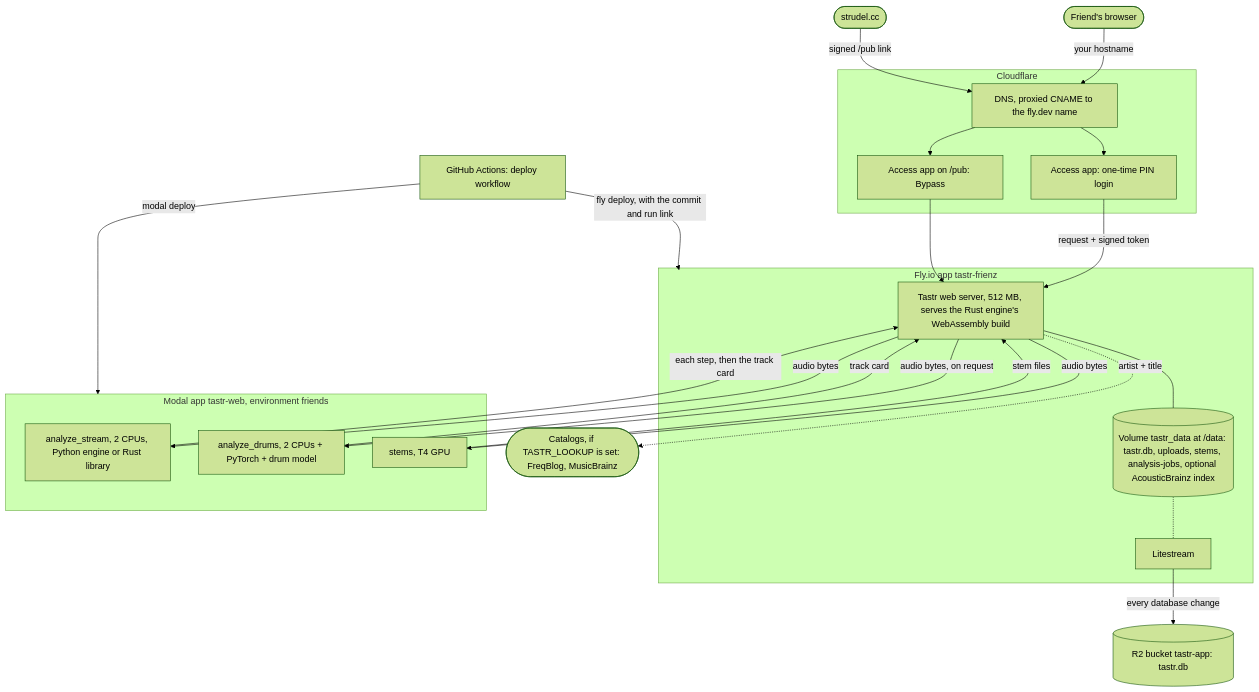
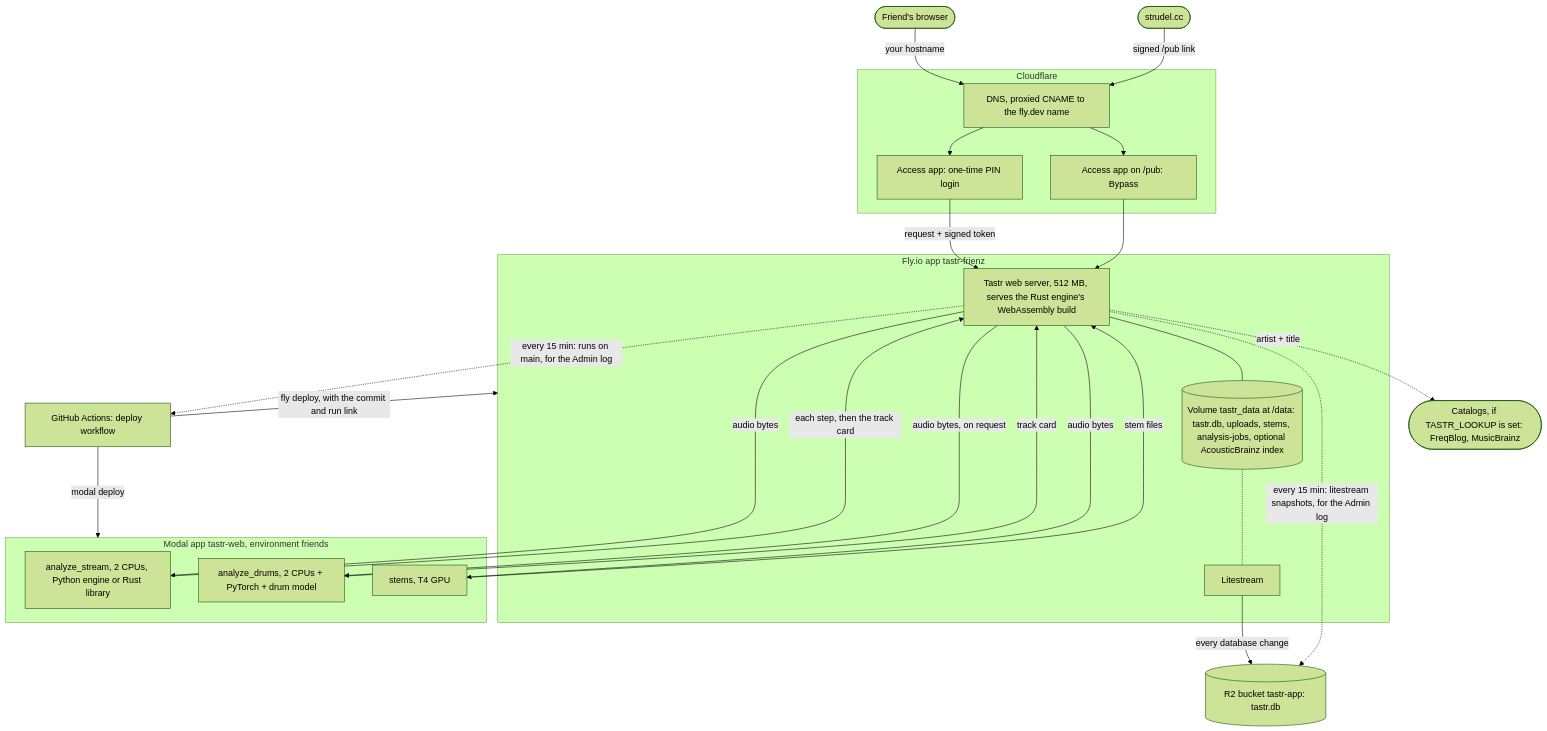
One commit to pocketIlmatto/tastr changed the first of 2 diagrams in docs/hosting-map.md. Above: the diagram before and after it, drawn with Mermaid (forest theme). The commit also changed other lines of this file and 8 other files, not shown here.

First line of the commit message:
Admin log: GitHub Actions runs on main and Litestream backups to R2 (#60)

````diff
--- a/docs/hosting-map.md
+++ b/docs/hosting-map.md
@@ -25,35 +25,37 @@
 ```mermaid
 flowchart TB
   F([Friend's browser])
   S([strudel.cc])
   subgraph CF[Cloudflare]
     DNS[DNS, proxied CNAME to the fly.dev name]
     ACC[Access app: one-time PIN login]
     BYP[Access app on /pub: Bypass]
   end
   subgraph FLY[Fly.io app tastr-frienz]
     WEB[Tastr web server, 512 MB, serves the Rust engine's WebAssembly build]
     VOL[(Volume tastr_data at /data: tastr.db, uploads, stems, analysis-jobs, optional AcousticBrainz index)]
     LS[Litestream]
   end
   subgraph MOD[Modal app tastr-web, environment friends]
     AN[analyze_stream, 2 CPUs, Python engine or Rust library]
     AD[analyze_drums, 2 CPUs + PyTorch + drum model]
     ST[stems, T4 GPU]
   end
   R2[(R2 bucket tastr-app: tastr.db)]
   GH[GitHub Actions: deploy workflow]
   CAT([Catalogs, if TASTR_LOOKUP is set: FreqBlog, MusicBrainz])
 
   F -->|your hostname| DNS --> ACC -->|request + signed token| WEB
   S -->|signed /pub link| DNS --> BYP --> WEB
   WEB --- VOL
   VOL -.- LS
   LS -->|every database change| R2
   WEB -->|audio bytes| AN -->|each step, then the track card| WEB
   WEB -->|audio bytes, on request| AD -->|track card| WEB
   WEB -->|audio bytes| ST -->|stem files| WEB
   WEB -.->|artist + title| CAT
   GH -->|modal deploy| MOD
   GH -->|fly deploy, with the commit and run link| FLY
+  WEB -.->|every 15 min: runs on main, for the Admin log| GH
+  WEB -.->|every 15 min: litestream snapshots, for the Admin log| R2
 ```
````
